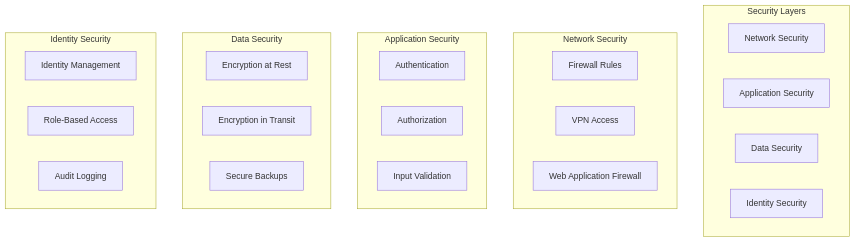
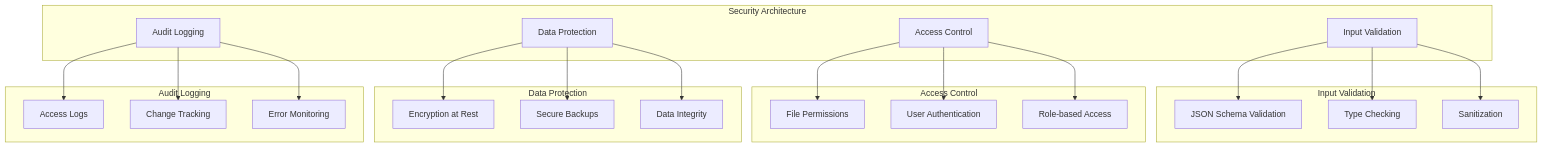
One commit to Shakour-Data/AutoProjectManagement changed diagram 13 of 18 in Docs/Software_Engineering/Software_Architecture_Document.md. Above: the diagram before and after it, drawn with Mermaid. The commit also changed other lines of this file, not shown here.

````diff
--- a/Docs/Software_Engineering/Software_Architecture_Document.md
+++ b/Docs/Software_Engineering/Software_Architecture_Document.md
@@ -606,33 +621,49 @@
 ```mermaid
 graph TB
-    subgraph "Security Layers"
-        L1[Network Security]
-        L2[Application Security]
-        L3[Data Security]
-        L4[Identity Security]
+    subgraph "Security Architecture"
+        L1[Input Validation]
+        L2[Access Control]
+        L3[Data Protection]
+        L4[Audit Logging]
     end
     
-    subgraph "Network Security"
-        FW[Firewall Rules]
-        VPN[VPN Access]
-        WAF[Web Application Firewall]
+    subgraph "Input Validation"
+        V1[JSON Schema Validation]
+        V2[Type Checking]
+        V3[Sanitization]
     end
     
-    subgraph "Application Security"
-        Auth[Authentication]
-        AuthZ[Authorization]
-        Input[Input Validation]
+    subgraph "Access Control"
+        AC1[File Permissions]
+        AC2[User Authentication]
+        AC3[Role-based Access]
     end
     
-    subgraph "Data Security"
-        Encrypt[Encryption at Rest]
-        Transit[Encryption in Transit]
-        Backup[Secure Backups]
+    subgraph "Data Protection"
+        DP1[Encryption at Rest]
+        DP2[Secure Backups]
+        DP3[Data Integrity]
     end
     
-    subgraph "Identity Security"
-        IAM[Identity Management]
-        RBAC[Role-Based Access]
-        Audit[Audit Logging]
+    subgraph "Audit Logging"
+        AL1[Access Logs]
+        AL2[Change Tracking]
+        AL3[Error Monitoring]
     end
+    
+    L1 --> V1
+    L1 --> V2
+    L1 --> V3
+    
+    L2 --> AC1
+    L2 --> AC2
+    L2 --> AC3
+    
+    L3 --> DP1
+    L3 --> DP2
+    L3 --> DP3
+    
+    L4 --> AL1
+    L4 --> AL2
+    L4 --> AL3
 ```
````
